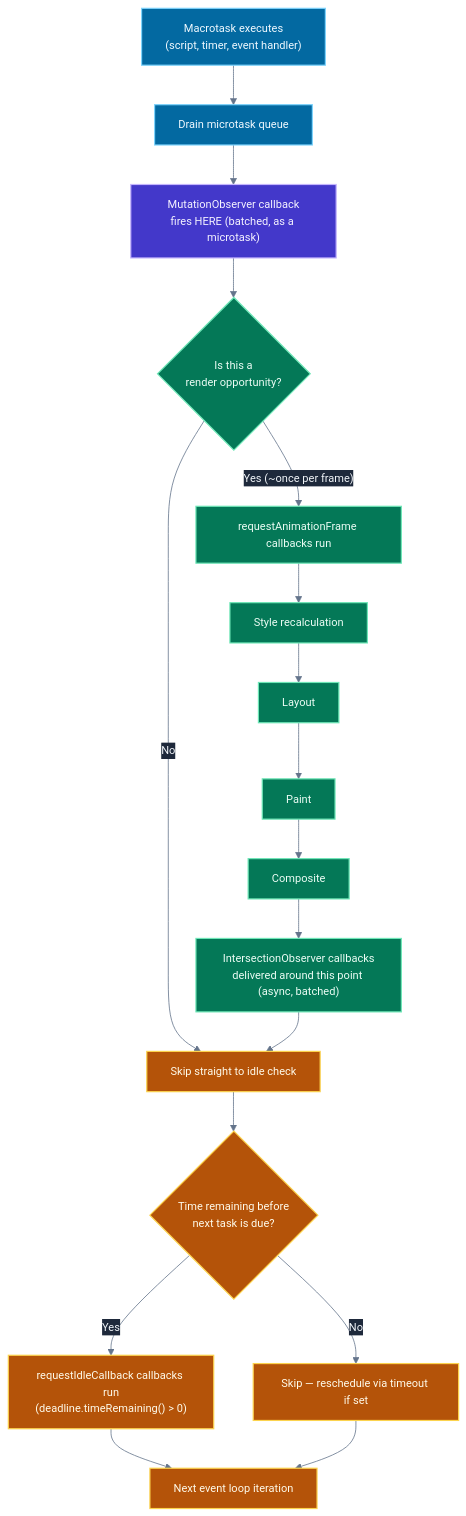
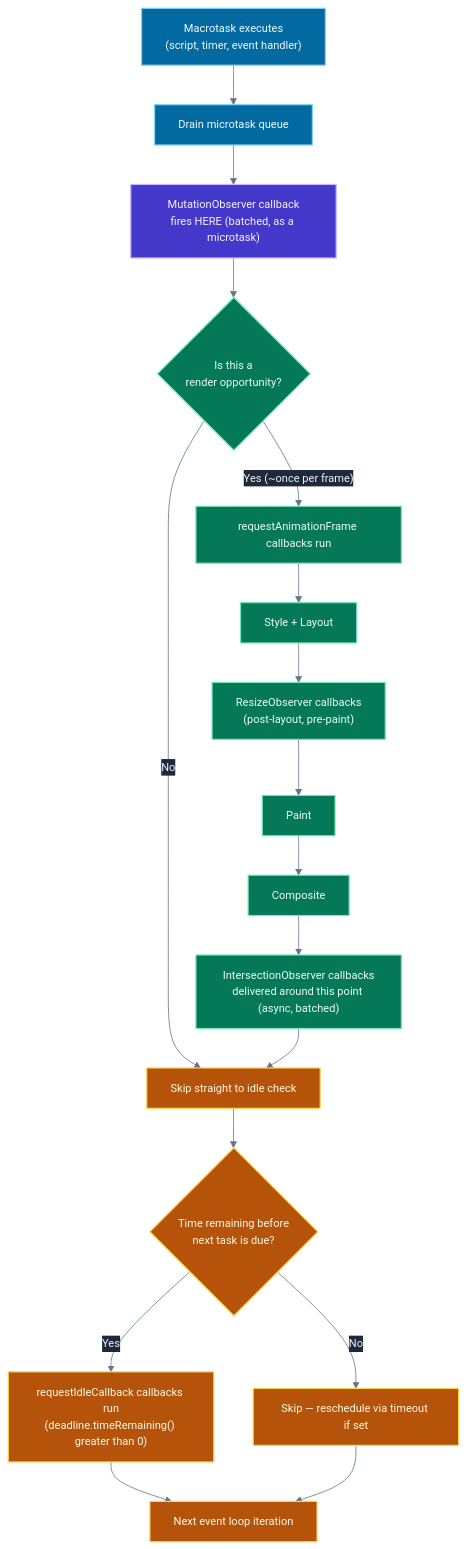
One commit to vinayakhumberi/litmus changed the second of 3 diagrams in data/topics/web-apis-advanced.md. Above: the diagram before and after it, drawn with Mermaid. The commit also changed other lines of this file and 1 other file, not shown here.

````diff
--- a/data/topics/web-apis-advanced.md
+++ b/data/topics/web-apis-advanced.md
@@ -191,30 +304,30 @@
 ```mermaid
 %%{init: {"theme": "base", "themeVariables": {"background":"transparent","primaryColor":"#334155","primaryTextColor":"#f1f5f9","primaryBorderColor":"#64748b","lineColor":"#64748b","edgeLabelBackground":"#1e293b","textColor":"#f1f5f9","fontFamily":"\"Plus Jakarta Sans\", sans-serif","fontSize":"14px"}}}%%
 graph TD
     A["Macrotask executes<br>(script, timer, event handler)"] --> B["Drain microtask queue"]
     B --> C["MutationObserver callback<br>fires HERE (batched, as a microtask)"]
     C --> D{"Is this a<br>render opportunity?"}
     D -- "Yes (~once per frame)" --> E["requestAnimationFrame callbacks run"]
-    E --> F["Style recalculation"]
-    F --> G["Layout"]
-    G --> H["Paint"]
+    E --> F["Style + Layout"]
+    F --> F2["ResizeObserver callbacks<br>(post-layout, pre-paint)"]
+    F2 --> H["Paint"]
     H --> I["Composite"]
     I --> J["IntersectionObserver callbacks<br>delivered around this point (async, batched)"]
     D -- "No" --> K["Skip straight to idle check"]
     J --> K
     K --> L{"Time remaining before<br>next task is due?"}
-    L -- "Yes" --> M["requestIdleCallback callbacks run<br>(deadline.timeRemaining() > 0)"]
+    L -- "Yes" --> M["requestIdleCallback callbacks run<br>(deadline.timeRemaining() greater than 0)"]
     L -- "No" --> N["Skip — reschedule via timeout if set"]
     M --> O["Next event loop iteration"]
     N --> O
 
     classDef task fill:#0369a1,stroke:#7dd3fc,color:#f0f9ff,stroke-width:1.5px;
     classDef micro fill:#4338ca,stroke:#c4b5fd,color:#f5f3ff,stroke-width:1.5px;
     classDef render fill:#047857,stroke:#6ee7b7,color:#ecfdf5,stroke-width:1.5px;
     classDef idle fill:#b45309,stroke:#fcd34d,color:#fffbeb,stroke-width:1.5px;
 
     class A,B task;
     class C micro;
-    class D,E,F,G,H,I,J render;
+    class D,E,F,F2,H,I,J render;
     class K,L,M,N,O idle;
 ```
````
